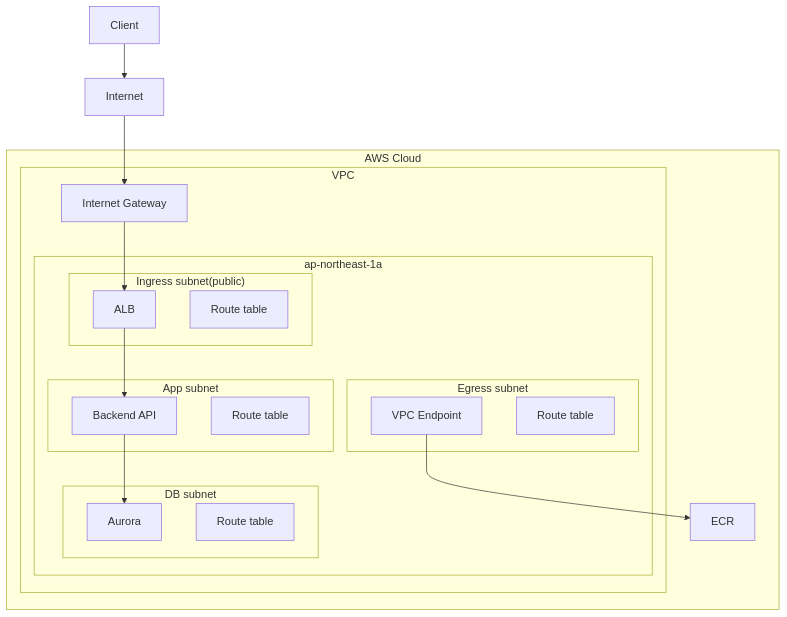
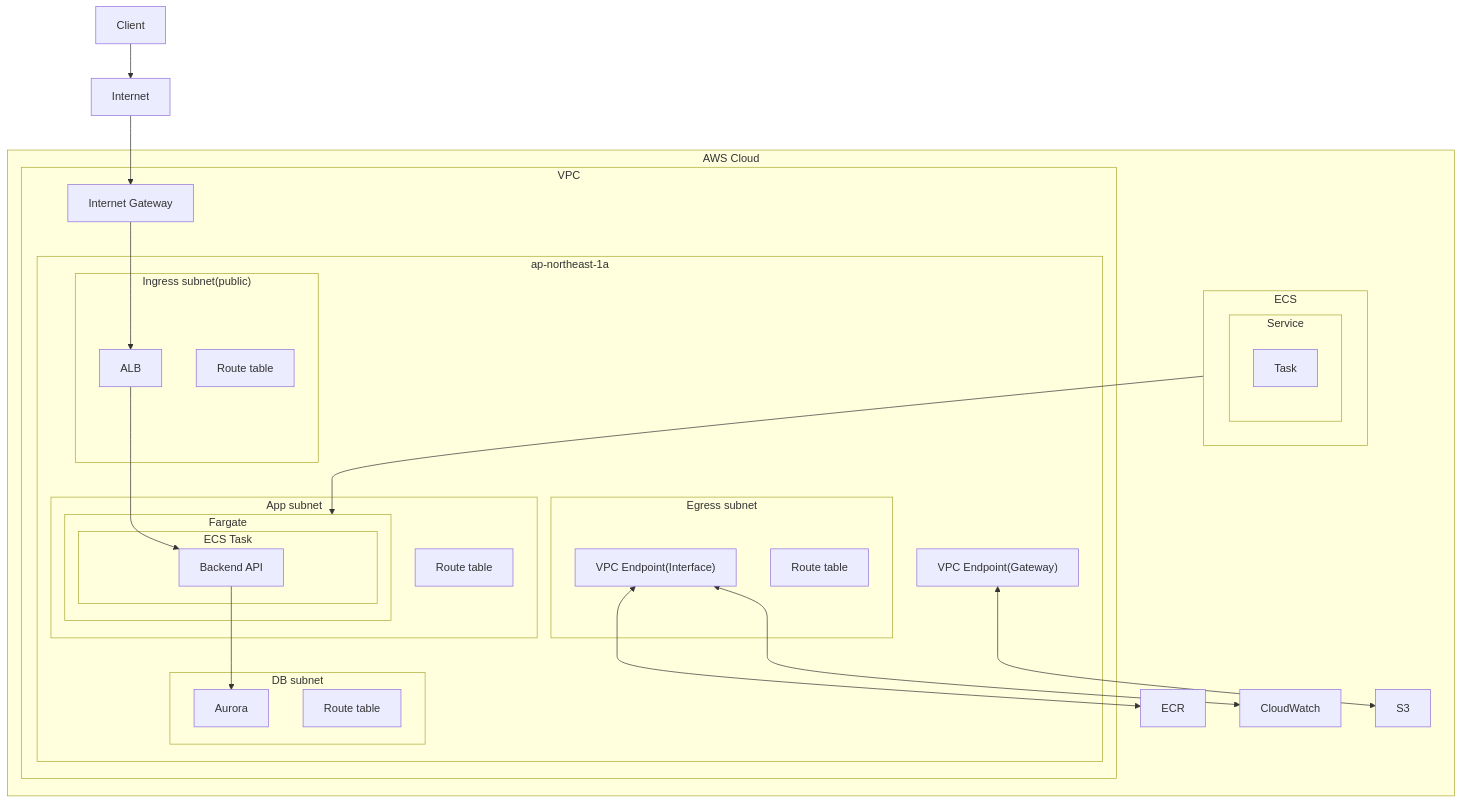
The diagram in infrastructure/cdk/notion-clone/docs/architecture-diagram.md (suimenkathemove/notion-clone), drawn with Mermaid before and after one commit. The commit also changed 1 other file, not shown here.

Commit message:
add to diagram

````diff
--- a/infrastructure/cdk/notion-clone/docs/architecture-diagram.md
+++ b/infrastructure/cdk/notion-clone/docs/architecture-diagram.md
@@ -3,36 +3,51 @@
 ```mermaid
 flowchart TB
 
 Client -->
 Internet -->
 internet-gateway -->
 ALB -->
 backend-api -->
 Aurora
-egress-vpc-endpoint --> ECR
+egress-vpc-endpoint <--> ECR
+egress-vpc-endpoint <--> CloudWatch
+gateway-vpc-endpoint <--> S3
+ECS --> Fargate
 
 subgraph aws-cloud[AWS Cloud]
   subgraph vpc[VPC]
     internet-gateway[Internet Gateway]
     subgraph ap-northeast-1a
       subgraph ingress-subnet["Ingress subnet(public)"]
         ALB
         ingress-route-table[Route table]
       end
       subgraph app-subnet[App subnet]
-        backend-api[Backend API]
+        subgraph Fargate
+          subgraph ecs-task[ECS Task]
+            backend-api[Backend API]
+          end
+        end
         app-route-table[Route table]
       end
       subgraph db-subnet[DB subnet]
         Aurora
         db-route-table[Route table]
       end
       subgraph egress-subnet[Egress subnet]
-        egress-vpc-endpoint[VPC Endpoint]
+        egress-vpc-endpoint["VPC Endpoint(Interface)"]
         egress-route-table[Route table]
       end
+      gateway-vpc-endpoint["VPC Endpoint(Gateway)"]
     end
   end
   ECR
+  CloudWatch
+  S3
+  subgraph ECS
+    subgraph Service
+      Task
+    end
+  end
 end
 ```
````
